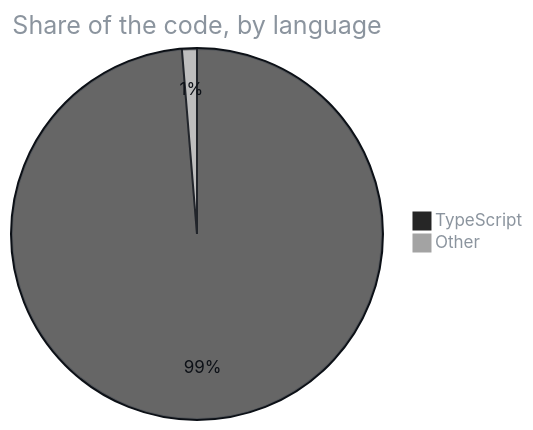
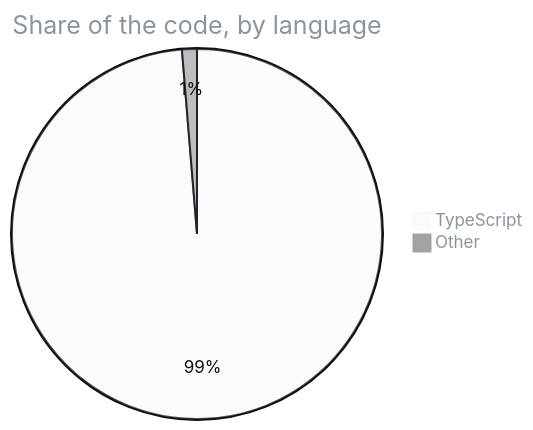
The fourth of 4 diagrams in README.md (F0rger123/ultimate-crm-template), drawn with Mermaid before and after one commit. The commit also changed other lines of this file and 2 other files, not shown here.

````diff
--- a/README.md
+++ b/README.md
@@ -139,6 +139,6 @@
 ```mermaid
-%%{init: {'theme':'base','themeVariables':{'pie1':'#262626','pie2':'#a3a3a3','pie3':'#64748b','pie4':'#94a3b8','pie5':'#475569','pie6':'#cbd5e1','pie7':'#334155','pieStrokeColor':'#0d1117','pieOuterStrokeColor':'#0d1117','pieTitleTextColor':'#8b949e','pieLegendTextColor':'#8b949e','pieSectionTextColor':'#0d1117'}}}%%
+%%{init: {'theme':'base','themeVariables':{'pie1':'#fafafa','pie2':'#a3a3a3','pie3':'#64748b','pie4':'#94a3b8','pie5':'#475569','pie6':'#cbd5e1','pie7':'#334155','pieStrokeColor':'#0d1117','pieOuterStrokeColor':'#0d1117','pieTitleTextColor':'#8b949e','pieLegendTextColor':'#8b949e','pieSectionTextColor':'#0d1117'}}}%%
 pie title Share of the code, by language
     "TypeScript" : 98.7
     "Other" : 1.3
 ```
````
